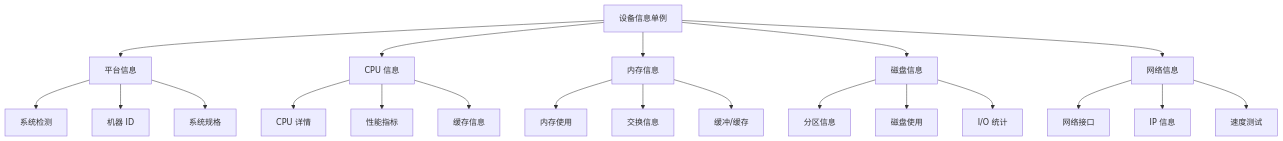
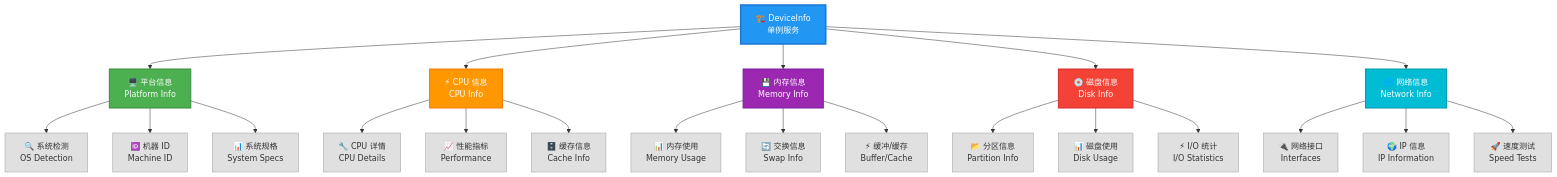
One commit to Frost-Leo/Atlas changed the first of 2 diagrams in docs/zh/api/core/device-info/README.md. Above: the diagram before and after it, drawn with Mermaid. The commit also changed other lines of this file and 6 other files, not shown here.

First line of the commit message:
docs: replace interactive diagrams with rich mermaid charts

````diff
--- a/docs/zh/api/core/device-info/README.md
+++ b/docs/zh/api/core/device-info/README.md
@@ -22,28 +11,83 @@
 ```mermaid
 graph TB
-    A[设备信息单例] --> B[平台信息]
-    A --> C[CPU 信息]
-    A --> D[内存信息]
-    A --> E[磁盘信息]
-    A --> F[网络信息]
+    %% 主服务节点
+    A["🏗️ DeviceInfo<br/>单例服务"]
     
-    B --> B1[系统检测]
-    B --> B2[机器 ID]
-    B --> B3[系统规格]
+    %% 五大信息收集模块
+    B["🖥️ 平台信息<br/>Platform Info"]
+    C["⚡ CPU 信息<br/>CPU Info"]
+    D["💾 内存信息<br/>Memory Info"]
+    E["💿 磁盘信息<br/>Disk Info"]
+    F["🌐 网络信息<br/>Network Info"]
     
-    C --> C1[CPU 详情]
-    C --> C2[性能指标]
-    C --> C3[缓存信息]
+    %% 平台信息子模块
+    B1["🔍 系统检测<br/>OS Detection"]
+    B2["🆔 机器 ID<br/>Machine ID"]
+    B3["📊 系统规格<br/>System Specs"]
     
-    D --> D1[内存使用]
-    D --> D2[交换信息]
-    D --> D3[缓冲/缓存]
+    %% CPU信息子模块
+    C1["🔧 CPU 详情<br/>CPU Details"]
+    C2["📈 性能指标<br/>Performance"]
+    C3["🗄️ 缓存信息<br/>Cache Info"]
     
-    E --> E1[分区信息]
-    E --> E2[磁盘使用]
-    E --> E3[I/O 统计]
+    %% 内存信息子模块
+    D1["📊 内存使用<br/>Memory Usage"]
+    D2["🔄 交换信息<br/>Swap Info"]
+    D3["⚡ 缓冲/缓存<br/>Buffer/Cache"]
     
-    F --> F1[网络接口]
-    F --> F2[IP 信息]
-    F --> F3[速度测试]
+    %% 磁盘信息子模块
+    E1["📂 分区信息<br/>Partition Info"]
+    E2["📊 磁盘使用<br/>Disk Usage"]
+    E3["⚡ I/O 统计<br/>I/O Statistics"]
+    
+    %% 网络信息子模块
+    F1["🔌 网络接口<br/>Interfaces"]
+    F2["🌍 IP 信息<br/>IP Information"]
+    F3["🚀 速度测试<br/>Speed Tests"]
+    
+    %% 主要连接
+    A --> B
+    A --> C
+    A --> D
+    A --> E
+    A --> F
+    
+    %% 子模块连接
+    B --> B1
+    B --> B2
+    B --> B3
+    
+    C --> C1
+    C --> C2
+    C --> C3
+    
+    D --> D1
+    D --> D2
+    D --> D3
+    
+    E --> E1
+    E --> E2
+    E --> E3
+    
+    F --> F1
+    F --> F2
+    F --> F3
+    
+    %% 样式定义
+    classDef mainService fill:#2196F3,stroke:#1976D2,stroke-width:3px,color:#fff
+    classDef platformModule fill:#4CAF50,stroke:#388E3C,stroke-width:2px,color:#fff
+    classDef cpuModule fill:#FF9800,stroke:#F57C00,stroke-width:2px,color:#fff
+    classDef memoryModule fill:#9C27B0,stroke:#7B1FA2,stroke-width:2px,color:#fff
+    classDef diskModule fill:#F44336,stroke:#D32F2F,stroke-width:2px,color:#fff
+    classDef networkModule fill:#00BCD4,stroke:#0097A7,stroke-width:2px,color:#fff
+    classDef subModule fill:#E0E0E0,stroke:#9E9E9E,stroke-width:1px,color:#333
+    
+    %% 应用样式
+    class A mainService
+    class B platformModule
+    class C cpuModule
+    class D memoryModule
+    class E diskModule
+    class F networkModule
+    class B1,B2,B3,C1,C2,C3,D1,D2,D3,E1,E2,E3,F1,F2,F3 subModule
 ```
````
